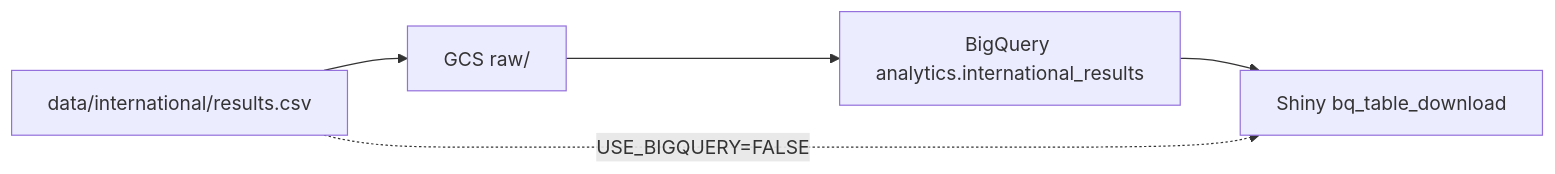
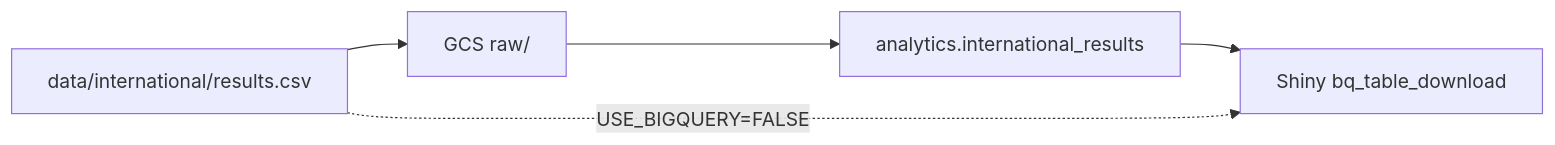
The diagram in index.qmd (rabin0208/world_cup_analytics_presentation), drawn with Mermaid before and after one commit. The commit also changed other lines of this file and 17 other files, not shown here.

````diff
--- a/index.qmd
+++ b/index.qmd
@@ -78,8 +78,8 @@
 ```{mermaid}
 %%| fig-width: 9
 flowchart LR
   CSV[data/international/results.csv] --> GCS[GCS raw/]
-  GCS --> BQ[BigQuery analytics.international_results]
+  GCS --> BQ[analytics.international_results]
   BQ --> Shiny[Shiny bq_table_download]
   CSV -.->|USE_BIGQUERY=FALSE| Shiny
 ```
````
